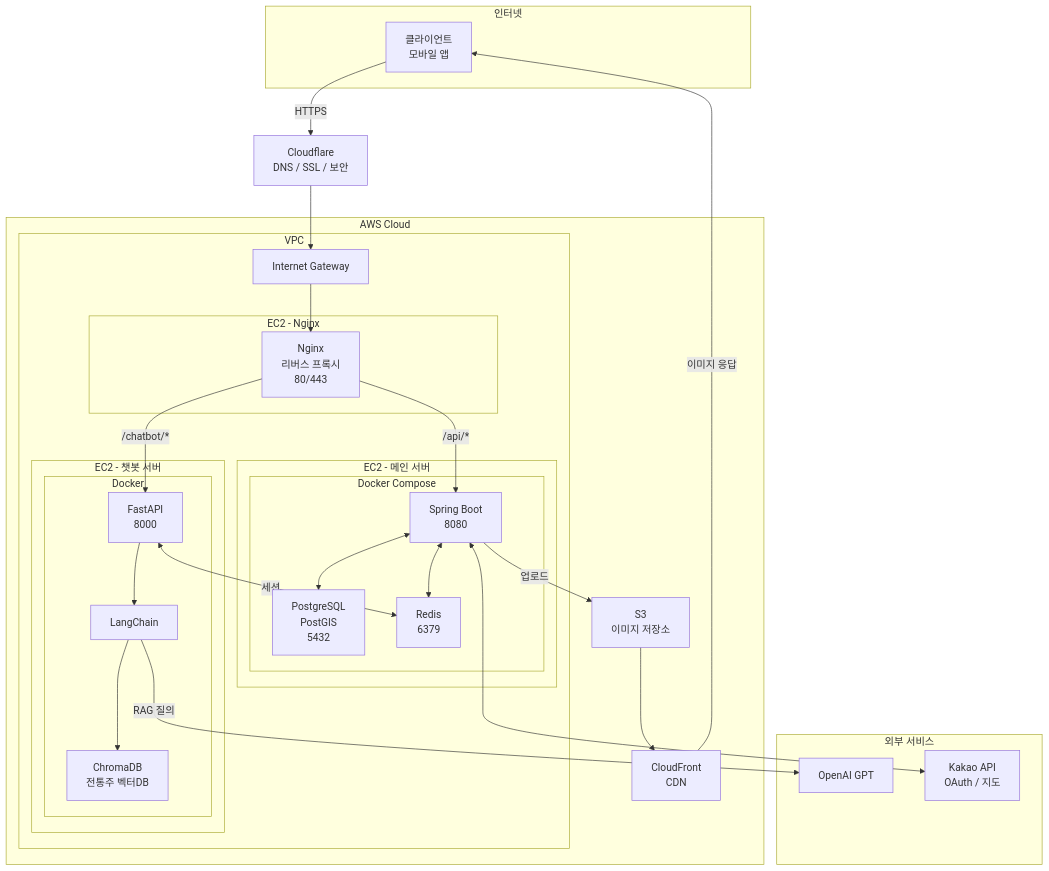
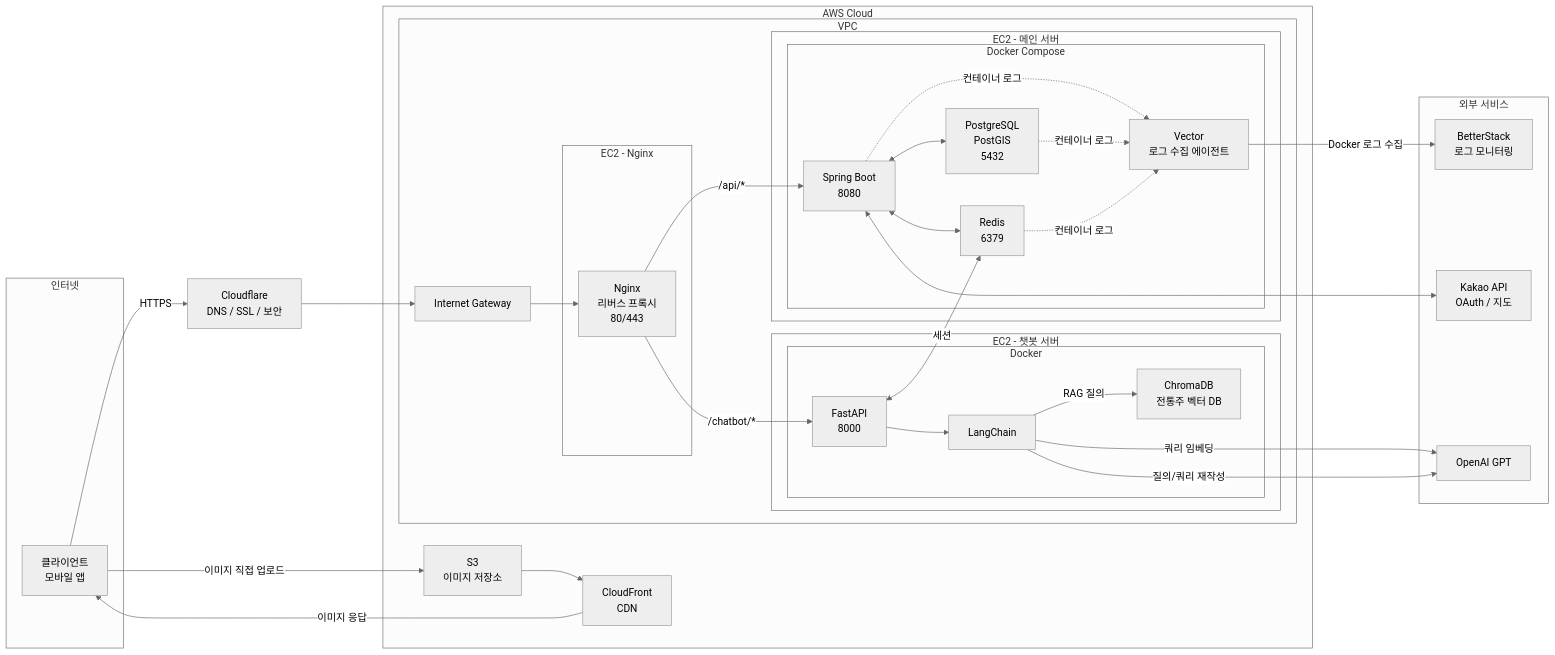
Before and after one commit to zzan-app/zzan-be-core: the diagram in docs/architecture.md, drawn with Mermaid.

Commit message:
refactor: architecture.md 파일 업데이트
- Mermaid 다이어그램의 구조를 개선
- 서브그래프 및 노드 이름을 명확하게 수정하여 이해도를 향상시킴

````diff
--- a/docs/architecture.md
+++ b/docs/architecture.md
@@ -1,59 +1,64 @@
 ```mermaid
-flowchart TB
-    subgraph 인터넷
-        Client["클라이언트<br/>모바일 앱"]
+---
+config:
+  theme: neutral
+---
+flowchart LR
+    subgraph s1["인터넷"]
+        Client["클라이언트<br>모바일 앱"]
     end
-
-    Cloudflare["Cloudflare<br/>DNS / SSL / 보안"]
-
+    subgraph s2["EC2 - Nginx"]
+        Nginx["Nginx<br>리버스 프록시<br>80/443"]
+    end
+    subgraph s3["Docker Compose"]
+        Vector["Vector<br>로그 수집 에이전트"]
+        Redis["Redis<br>6379"]
+        PostgreSQL["PostgreSQL<br>PostGIS<br>5432"]
+        SpringBoot["Spring Boot<br>8080"]
+    end
+    subgraph s4["EC2 - 메인 서버"]
+        s3
+    end
+    subgraph s5["Docker"]
+        ChromaDB["ChromaDB<br>전통주 벡터 DB"]
+        LangChain["LangChain"]
+        FastAPI["FastAPI<br>8000"]
+    end
+    subgraph s6["EC2 - 챗봇 서버"]
+        s5
+    end
+    subgraph VPC["VPC"]
+        IGW["Internet Gateway"]
+        s2
+        s4
+        s6
+    end
     subgraph AWS["AWS Cloud"]
-        subgraph VPC["VPC"]
-            IGW["Internet Gateway"]
-
-            subgraph Nginx서버["EC2 - Nginx"]
-                Nginx["Nginx<br/>리버스 프록시<br/>80/443"]
-            end
-
-            subgraph 메인서버["EC2 - 메인 서버"]
-                subgraph 도커1["Docker Compose"]
-                    SpringBoot["Spring Boot<br/>8080"]
-                    PostgreSQL["PostgreSQL<br/>PostGIS<br/>5432"]
-                    Redis["Redis<br/>6379"]
-                end
-            end
-
-            subgraph 챗봇서버["EC2 - 챗봇 서버"]
-                subgraph 도커2["Docker"]
-                    FastAPI["FastAPI<br/>8000"]
-                    LangChain["LangChain"]
-                    ChromaDB["ChromaDB<br/>전통주 벡터DB"]
-                end
-            end
-        end
-
-        CloudFront["CloudFront<br/>CDN"]
-        S3["S3<br/>이미지 저장소"]
-
+        S3["S3<br>이미지 저장소"]
+        CloudFront["CloudFront<br>CDN"]
+        VPC
     end
-
-    subgraph 외부서비스["외부 서비스"]
+    subgraph s7["외부 서비스"]
+        BetterStack["BetterStack<br>로그 모니터링"]
+        KakaoAPI["Kakao API<br>OAuth / 지도"]
         OpenAI["OpenAI GPT"]
-        KakaoAPI["Kakao API<br/>OAuth / 지도"]
     end
-
-    Client -->|HTTPS| Cloudflare
+    Client -- HTTPS --> Cloudflare["Cloudflare<br>DNS / SSL / 보안"]
     Cloudflare --> IGW
     IGW --> Nginx
-    Nginx -->|" /api/* "| SpringBoot
-    Nginx -->|" /chatbot/* "| FastAPI
-    SpringBoot <--> PostgreSQL
-    SpringBoot <--> Redis
-    SpringBoot -->|업로드| S3
+    Nginx -- /api/* --> SpringBoot
+    Nginx -- /chatbot/* --> FastAPI
+    SpringBoot <--> PostgreSQL & Redis & KakaoAPI
+    Client -- 이미지 직접 업로드 --> S3
     S3 --> CloudFront
-    CloudFront -->|이미지 응답| Client
-    SpringBoot <--> KakaoAPI
+    CloudFront -- 이미지 응답 --> Client
     FastAPI --> LangChain
-    LangChain --> ChromaDB
-    LangChain -->|RAG 질의| OpenAI
-    FastAPI <-->|세션| Redis
+    LangChain -- 쿼리 임베딩 --> OpenAI
+    LangChain -- RAG 질의 --> ChromaDB
+    LangChain -- 질의/쿼리 재작성 --> OpenAI
+    FastAPI <-- 세션 --> Redis
+    Vector -- Docker 로그 수집 --> BetterStack
+    SpringBoot -. 컨테이너 로그 .-> Vector
+    PostgreSQL -. 컨테이너 로그 .-> Vector
+    Redis -. 컨테이너 로그 .-> Vector
 ```
````
